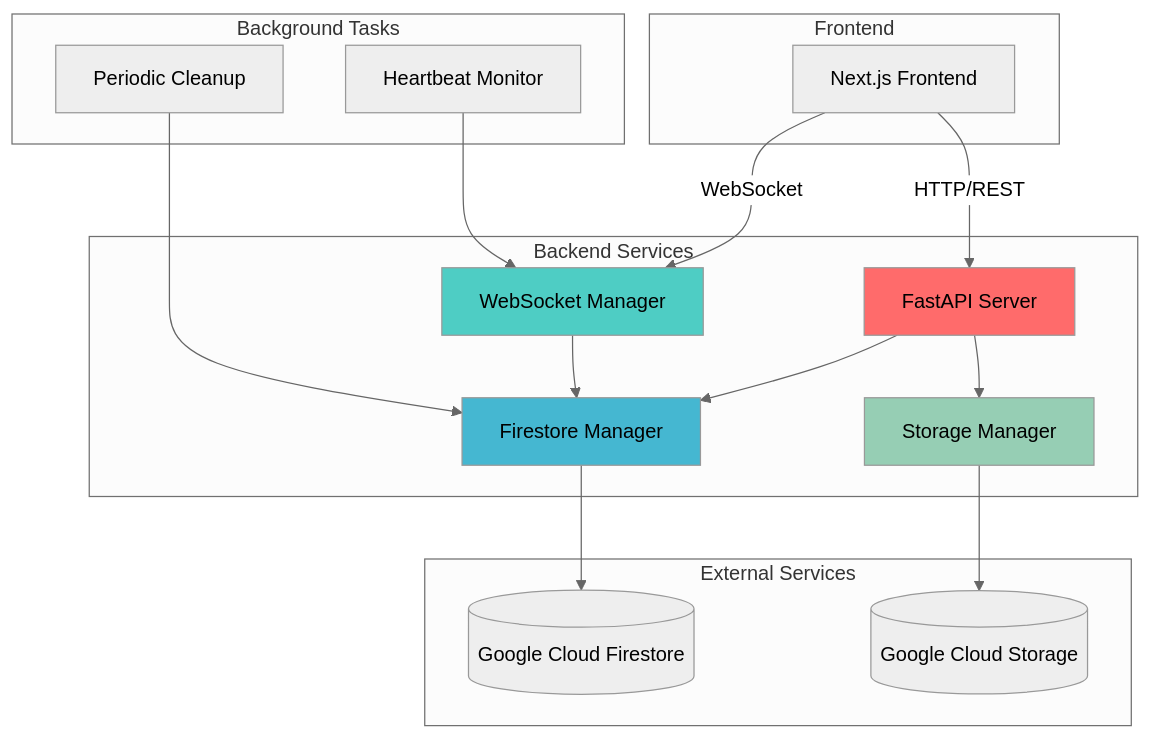
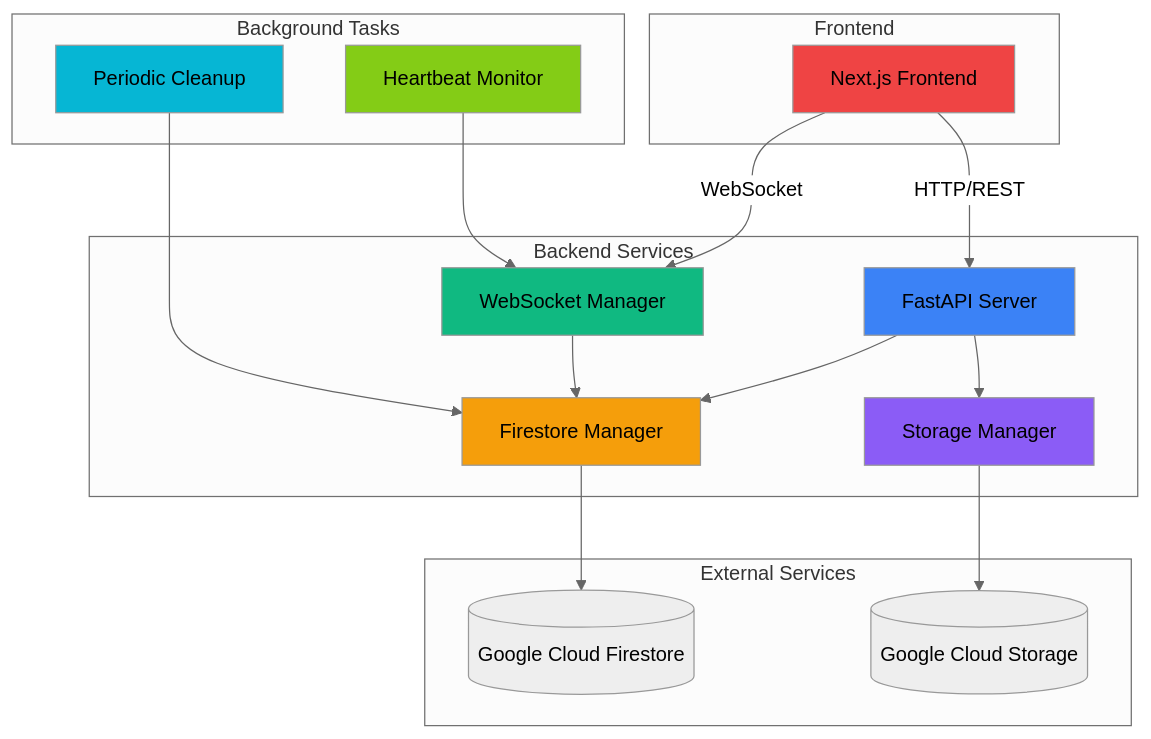
One commit to Sundussheikhdev/sync-board-BE changed the first of 7 diagrams in README.md. Above: the diagram before and after it, drawn with Mermaid (neutral theme). The commit also changed other lines of this file, not shown here.

Commit message:
Update README.md: Revise color styles for flowcharts to enhance visual clarity and consistency across components

````diff
--- a/README.md
+++ b/README.md
@@ -9,38 +9,41 @@
 ```mermaid
 graph TB
     subgraph "Frontend"
         FE[Next.js Frontend]
     end
     
     subgraph "Backend Services"
         API[FastAPI Server]
         WS[WebSocket Manager]
         FS[Firestore Manager]
         ST[Storage Manager]
     end
     
     subgraph "External Services"
         FIRESTORE[(Google Cloud Firestore)]
         STORAGE[(Google Cloud Storage)]
     end
     
     subgraph "Background Tasks"
         CLEANUP[Periodic Cleanup]
         HEARTBEAT[Heartbeat Monitor]
     end
     
     FE -->|HTTP/REST| API
     FE -->|WebSocket| WS
     API --> FS
     API --> ST
     WS --> FS
     ST --> STORAGE
     FS --> FIRESTORE
     CLEANUP --> FS
     HEARTBEAT --> WS
     
-    style API fill:#ff6b6b
-    style WS fill:#4ecdc4
-    style FS fill:#45b7d1
-    style ST fill:#96ceb4
+    style API fill:#3b82f6
+    style WS fill:#10b981
+    style FS fill:#f59e0b
+    style ST fill:#8b5cf6
+    style FE fill:#ef4444
+    style CLEANUP fill:#06b6d4
+    style HEARTBEAT fill:#84cc16
 ```
````
